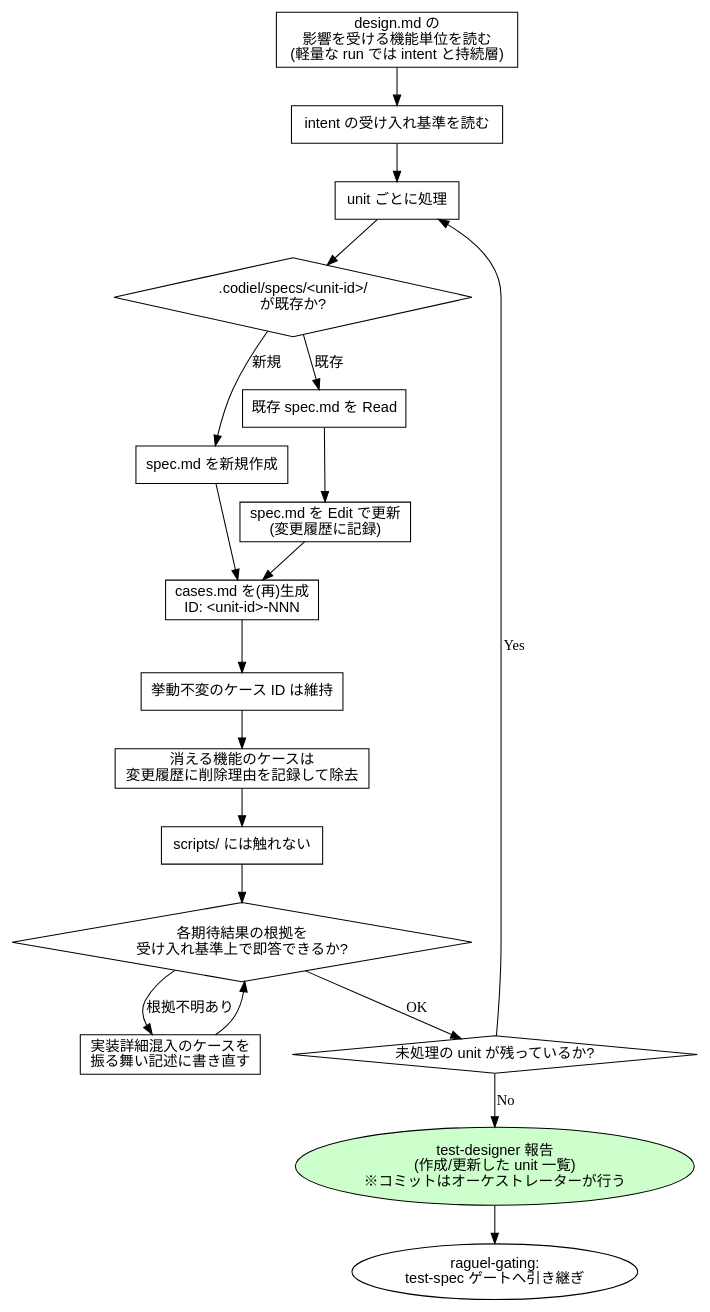
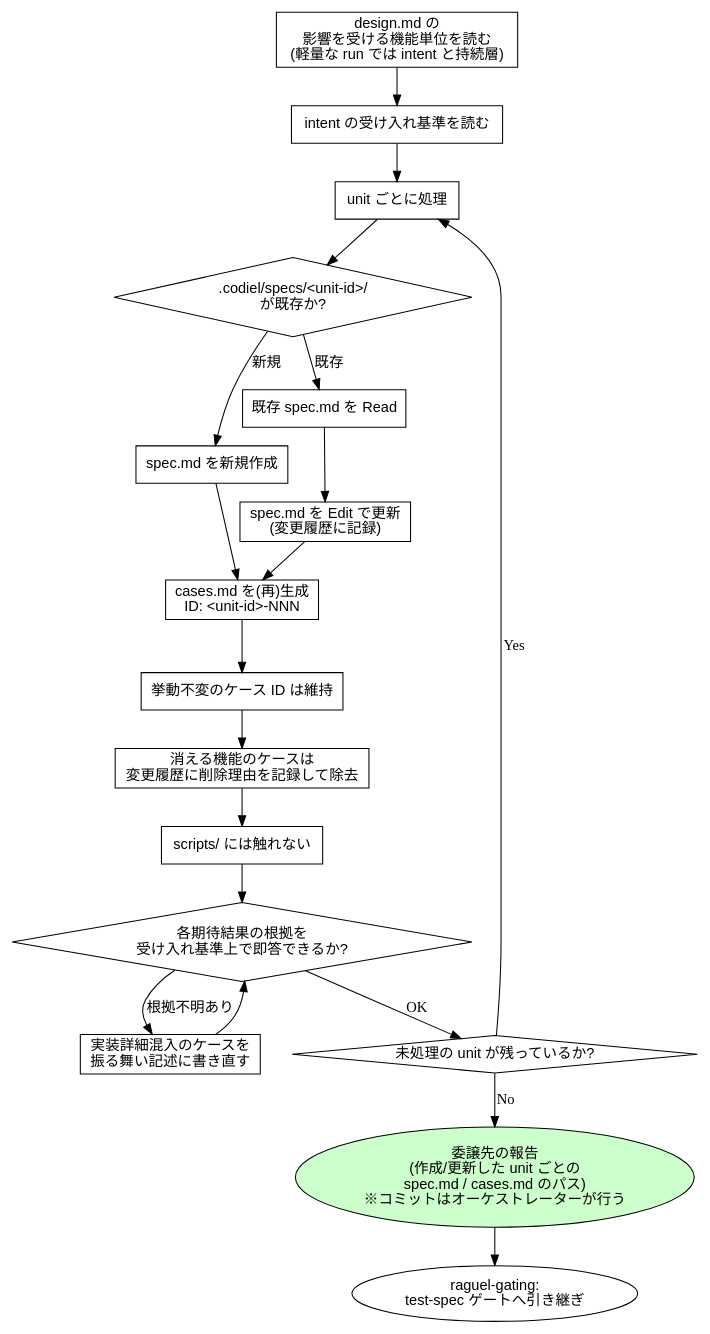
Before and after one commit to Amatsuka-kobo/amatsuka-claude-plugins: the fourth of 15 diagrams in plugins/codiel/docs/skill-flowcharts.md, drawn with Graphviz. The commit also changed other lines of this file and 13 other files, not shown here.

Commit message:
feat(codiel): codiel-test-designer と recording-gotchas を廃止し、画像の手順と CLAUDE.example を最新化する

````diff
--- a/plugins/codiel/docs/skill-flowcharts.md
+++ b/plugins/codiel/docs/skill-flowcharts.md
@@ -106,37 +106,37 @@
 ```dot
 digraph writing_test_specs {
   rankdir=TB;
   node [fontname="sans-serif"];
 
   read_design [label="design.md の\n影響を受ける機能単位を読む\n(軽量な run では intent と持続層)", shape=box];
   read_criteria [label="intent の受け入れ基準を読む", shape=box];
   for_each_unit [label="unit ごとに処理", shape=box];
   exists [label=".codiel/specs/<unit-id>/\nが既存か?", shape=diamond];
   create_spec [label="spec.md を新規作成", shape=box];
   read_spec [label="既存 spec.md を Read", shape=box];
   update_spec [label="spec.md を Edit で更新\n(変更履歴に記録)", shape=box];
   gen_cases [label="cases.md を(再)生成\nID: <unit-id>-NNN", shape=box];
   keep_id [label="挙動不変のケース ID は維持", shape=box];
   removed [label="消える機能のケースは\n変更履歴に削除理由を記録して除去", shape=box];
   no_scripts [label="scripts/ には触れない", shape=box];
   selfcheck [label="各期待結果の根拠を\n受け入れ基準上で即答できるか?", shape=diamond];
   fix [label="実装詳細混入のケースを\n振る舞い記述に書き直す", shape=box];
   more_units [label="未処理の unit が残っているか?", shape=diamond];
-  done [label="test-designer 報告\n(作成/更新した unit 一覧)\n※コミットはオーケストレーターが行う", shape=ellipse, style=filled, fillcolor="#ccffcc"];
+  done [label="委譲先の報告\n(作成/更新した unit ごとの\nspec.md / cases.md のパス)\n※コミットはオーケストレーターが行う", shape=ellipse, style=filled, fillcolor="#ccffcc"];
   gate [label="raguel-gating:\ntest-spec ゲートへ引き継ぎ", shape=ellipse];
 
   read_design -> read_criteria -> for_each_unit -> exists;
   exists -> create_spec [label="新規"];
   exists -> read_spec [label="既存"];
   read_spec -> update_spec;
   create_spec -> gen_cases;
   update_spec -> gen_cases;
   gen_cases -> keep_id -> removed -> no_scripts -> selfcheck;
   selfcheck -> fix [label="根拠不明あり"];
   fix -> selfcheck;
   selfcheck -> more_units [label="OK"];
   more_units -> for_each_unit [label="Yes"];
   more_units -> done [label="No"];
   done -> gate;
 }
 ```
````
